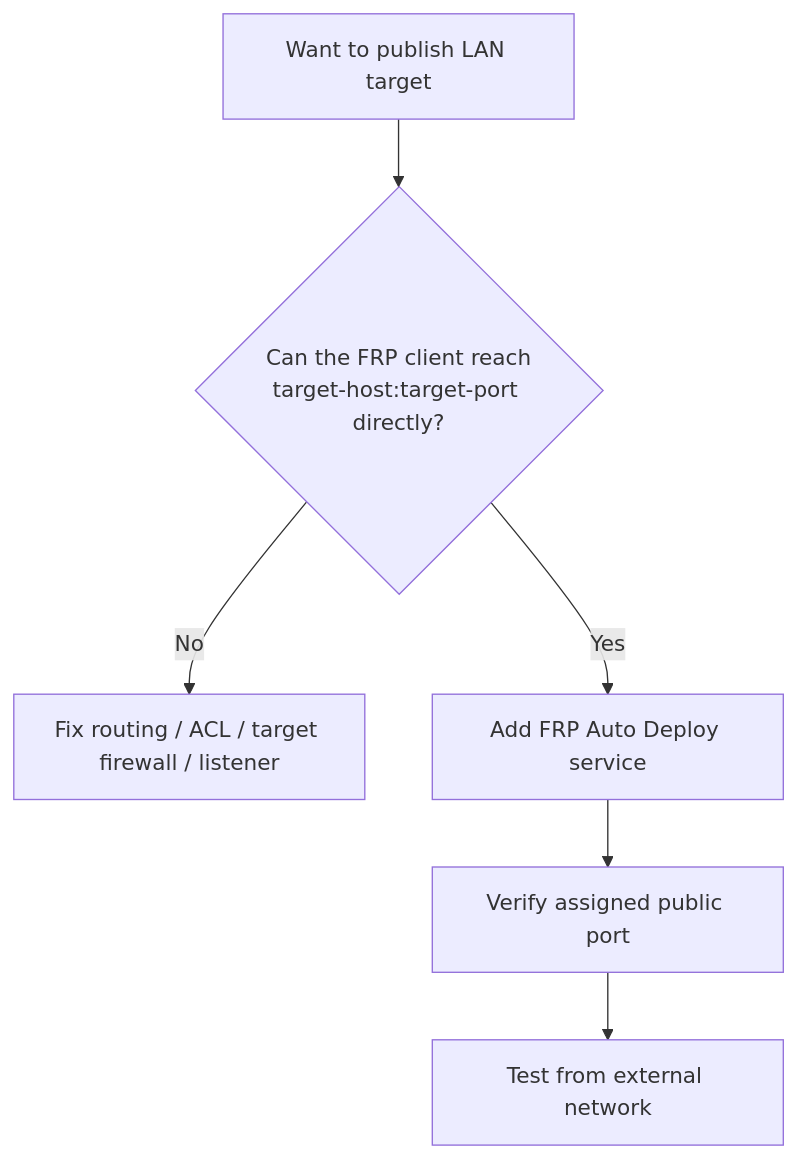
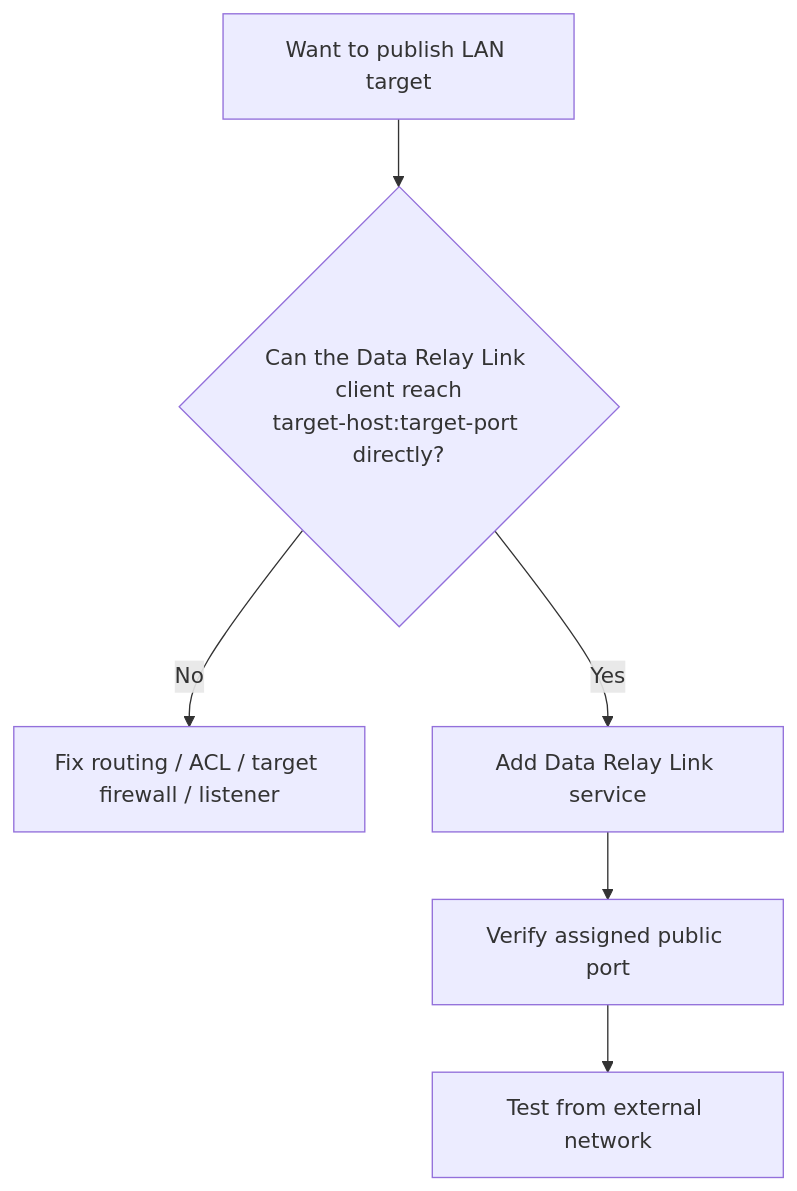
One commit to datarelay-labs/data-relay-link-docs changed the third of 3 diagrams in guides/custom-tcp-lan.mdx. Above: the diagram before and after it, drawn with Mermaid. The commit also changed other lines of this file and 36 other files, not shown here.

````diff
--- a/guides/custom-tcp-lan.mdx
+++ b/guides/custom-tcp-lan.mdx
@@ -48,8 +48,8 @@
 ```mermaid
 flowchart TD
-    A[Want to publish LAN target] --> B{Can the FRP client reach\ntarget-host:target-port directly?}
+    A[Want to publish LAN target] --> B{Can the Data Relay Link client reach\ntarget-host:target-port directly?}
     B -->|No| C[Fix routing / ACL / target firewall / listener]
-    B -->|Yes| D[Add FRP Auto Deploy service]
+    B -->|Yes| D[Add Data Relay Link service]
     D --> E[Verify assigned public port]
     E --> F[Test from external network]
 ```
````
